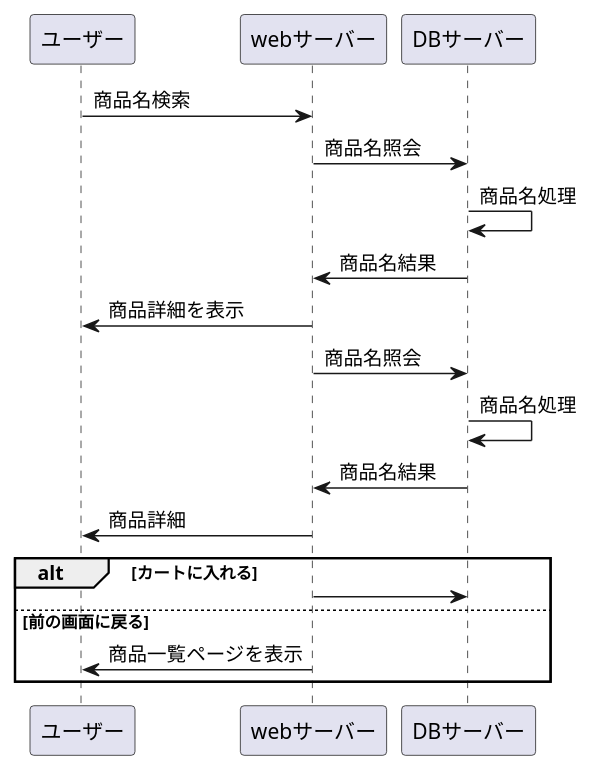
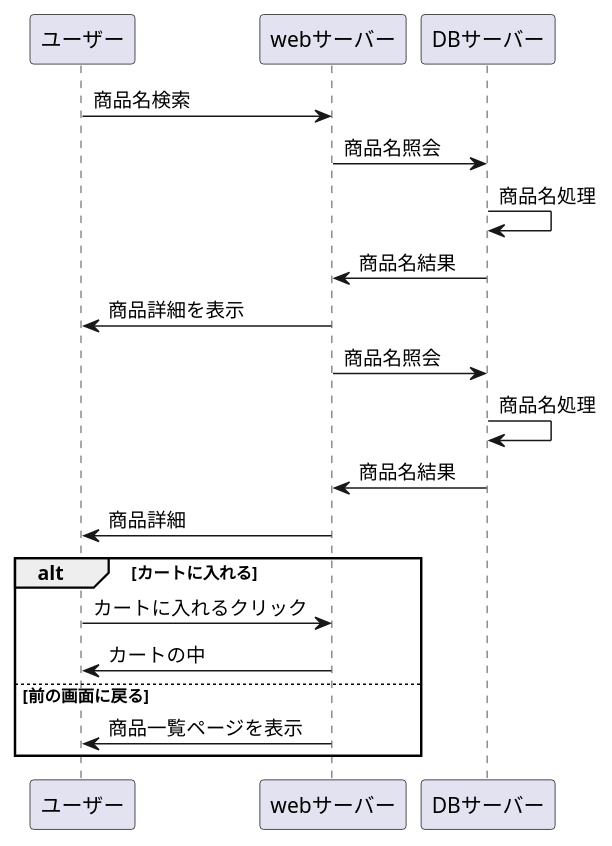
One commit to Aso2001403/2021sys-design changed the diagram in syouhinnitirann.md. Above: the diagram before and after it, drawn with PlantUML.

````diff
--- a/syouhinnitirann.md
+++ b/syouhinnitirann.md
@@ -1,21 +1,22 @@
 ```uml
 @startuml
 
 
 ユーザー -> webサーバー : 商品名検索
 webサーバー -> DBサーバー : 商品名照会
 DBサーバー -> DBサーバー : 商品名処理
 DBサーバー -> webサーバー : 商品名結果
 webサーバー -> ユーザー : 商品詳細を表示
 webサーバー -> DBサーバー : 商品名照会
 DBサーバー -> DBサーバー : 商品名処理
 DBサーバー -> webサーバー : 商品名結果
 
 webサーバー ->  ユーザー: 商品詳細
 alt カートに入れる
- webサーバー -> DBサーバー :
+ ユーザー  -> webサーバー :カートに入れるクリック
+ webサーバー  -> ユーザー:カートの中
  else 前の画面に戻る
  webサーバー -> ユーザー : 商品一覧ページを表示
  end
 @enduml
 ```
````
